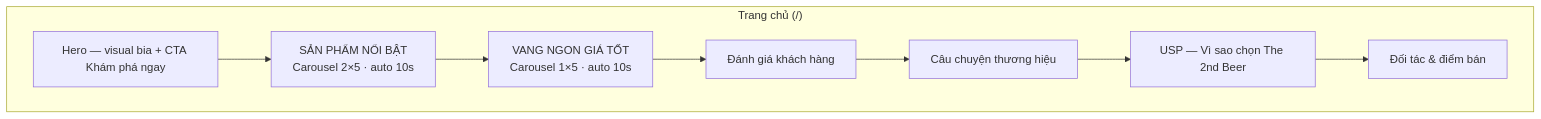
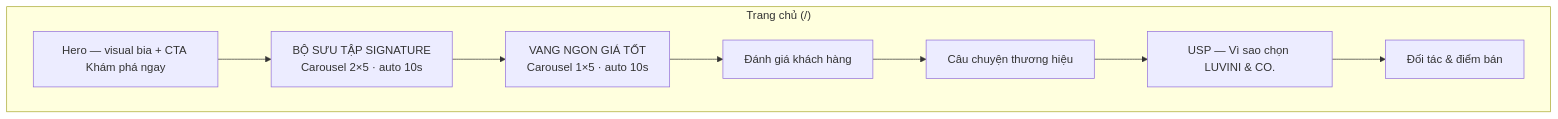
One commit to banxavi/the2ndbeer changed the third of 10 diagrams in DEMO.md. Above: the diagram before and after it, drawn with Mermaid. The commit also changed other lines of this file and 22 other files, not shown here.

````diff
--- a/DEMO.md
+++ b/DEMO.md
@@ -89,14 +95,14 @@
 ```mermaid
 flowchart TB
   subgraph Home["Trang chủ (/)"]
     H[Hero — visual bia + CTA Khám phá ngay]
-    P1[SẢN PHẨM NỔI BẬT<br/>Carousel 2×5 · auto 10s]
+    P1[BỘ SƯU TẬP SIGNATURE<br/>Carousel 2×5 · auto 10s]
     P2[VANG NGON GIÁ TỐT<br/>Carousel 1×5 · auto 10s]
     R[Đánh giá khách hàng]
     S[Câu chuyện thương hiệu]
-    U[USP — Vì sao chọn The 2nd Beer]
+    U[USP — Vì sao chọn LUVINI & CO.]
     A[Đối tác & điểm bán]
   end
 
   H --> P1 --> P2 --> R --> S --> U --> A
 ```
````
